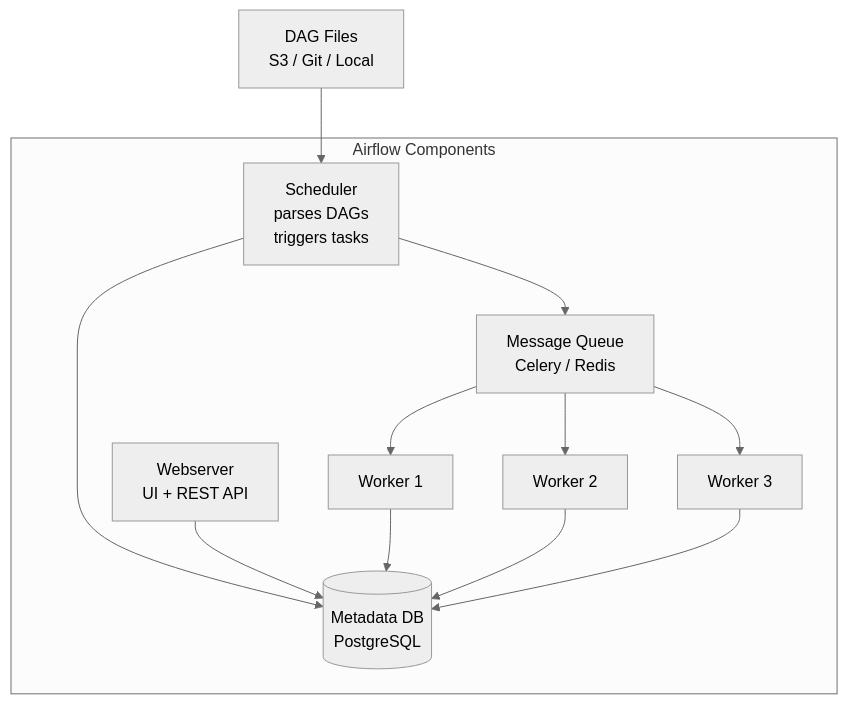
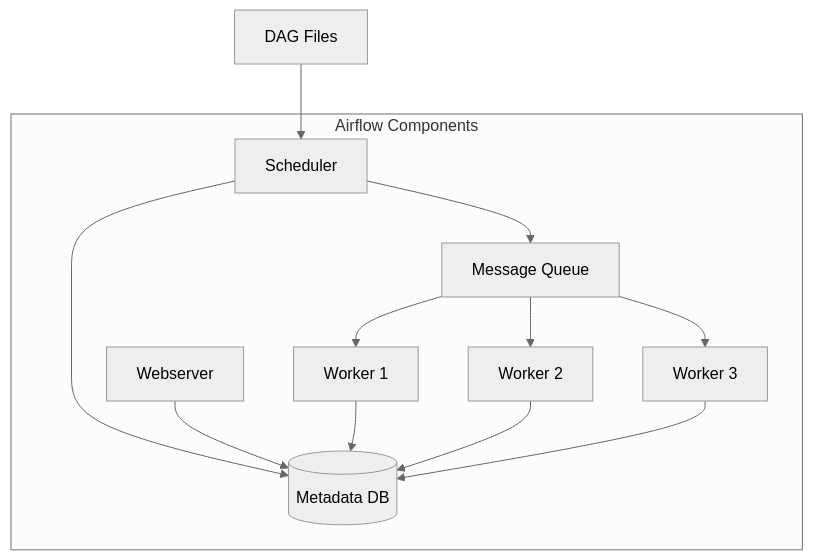
Before and after one commit to gcmishra7/data-engineering-helper: the diagram in 07-ecosystem-tools/01-airflow-architecture.md, drawn with Mermaid (neutral theme). The commit also changed other lines of this file and 57 other files, not shown here.

First line of the commit message:
Shorten mermaid node labels to fix text truncation on GitHub

````diff
--- a/07-ecosystem-tools/01-airflow-architecture.md
+++ b/07-ecosystem-tools/01-airflow-architecture.md
@@ -8,16 +8,16 @@
 ```mermaid
 graph TD
     subgraph Airflow Components
-        S[Scheduler<br/>parses DAGs<br/>triggers tasks] --> MQ[Message Queue<br/>Celery / Redis]
+        S[Scheduler] --> MQ[Message Queue]
         MQ --> W1[Worker 1]
         MQ --> W2[Worker 2]
         MQ --> W3[Worker 3]
-        S --> DB[(Metadata DB<br/>PostgreSQL)]
-        WS[Webserver<br/>UI + REST API] --> DB
+        S --> DB[(Metadata DB)]
+        WS[Webserver] --> DB
         W1 --> DB
         W2 --> DB
         W3 --> DB
     end
 
-    DAG[DAG Files<br/>S3 / Git / Local] --> S
+    DAG[DAG Files] --> S
 ```
````
